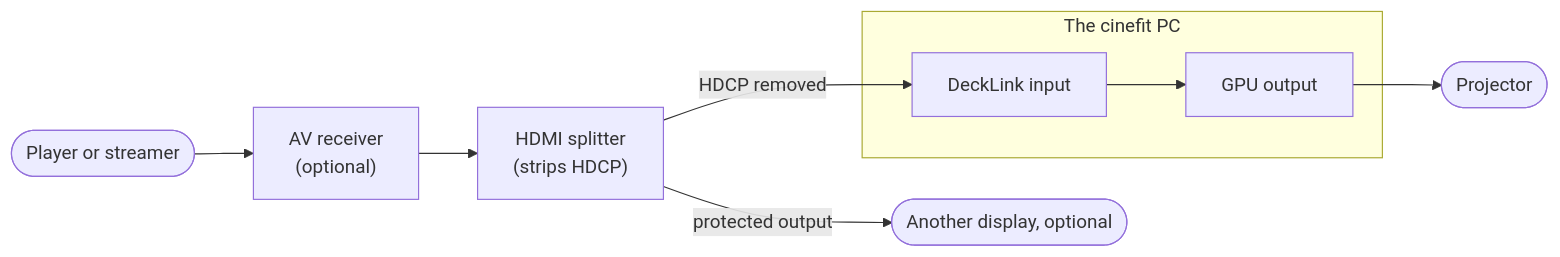
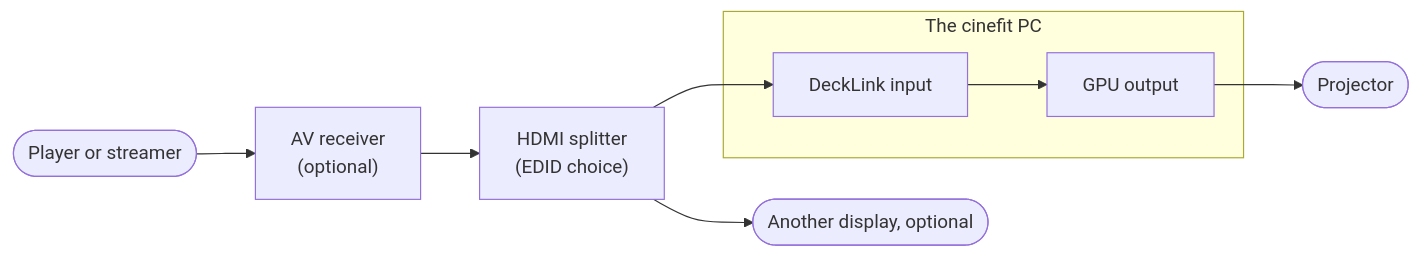
Before and after one commit to jonhester/cinefit: the diagram in docs/guide/docs/signal-chain.md, drawn with Mermaid. The commit also changed other lines of this file and 6 other files, not shown here.

First line of the commit message:
guide: state what the capture card accepts, without instructions around HDCP

````diff
--- a/docs/guide/docs/signal-chain.md
+++ b/docs/guide/docs/signal-chain.md
@@ -8,10 +8,10 @@
 ```mermaid
 flowchart LR
-    source([Player or streamer]) --> avr["AV receiver<br/>(optional)"] --> splitter["HDMI splitter<br/>(strips HDCP)"]
-    splitter -- protected output --> tv([Another display, optional])
-    splitter -- HDCP removed --> card
+    source([Player or streamer]) --> avr["AV receiver<br/>(optional)"] --> splitter["HDMI splitter<br/>(EDID choice)"]
+    splitter --> tv([Another display, optional])
+    splitter --> card
     subgraph pc [The cinefit PC]
         card[DeckLink input] --> gpu[GPU output]
     end
     gpu --> display([Projector])
 ```
````
